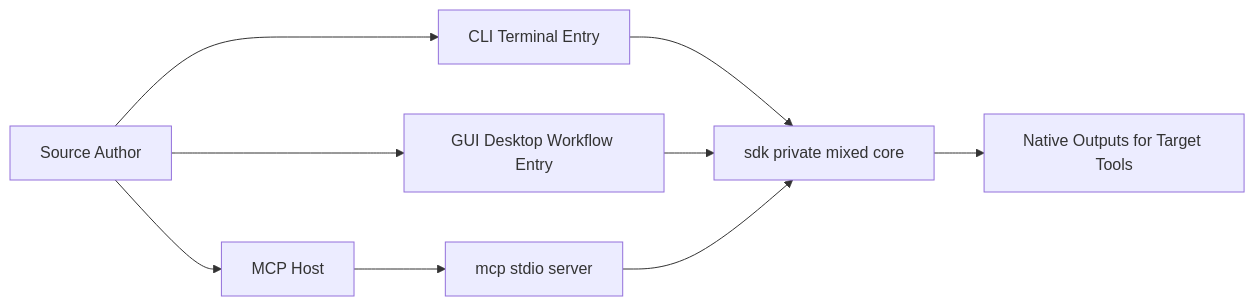
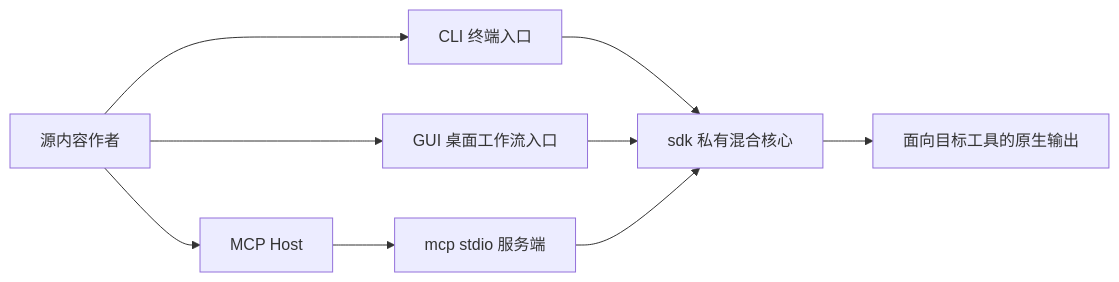
Before and after one commit to TrueNine/memory-sync: the diagram in doc/content/quick-guide/index.mdx, drawn with Mermaid. The commit also changed other lines of this file and 51 other files, not shown here.

````diff
--- a/doc/content/quick-guide/index.mdx
+++ b/doc/content/quick-guide/index.mdx
@@ -18,11 +18,11 @@
 ```mermaid
 flowchart LR;
-  Author["Source Author"] --> CLI["CLI Terminal Entry"];
-  Author --> GUI["GUI Desktop Workflow Entry"];
+  Author["源内容作者"] --> CLI["CLI 终端入口"];
+  Author --> GUI["GUI 桌面工作流入口"];
   Author --> Host["MCP Host"];
-  CLI --> SDK["sdk private mixed core"];
+  CLI --> SDK["sdk 私有混合核心"];
   GUI --> SDK;
-  Host --> MCP["mcp stdio server"];
+  Host --> MCP["mcp stdio 服务端"];
   MCP --> SDK;
-  SDK --> Outputs["Native Outputs for Target Tools"];
+  SDK --> Outputs["面向目标工具的原生输出"];
 ```
````
